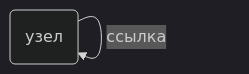
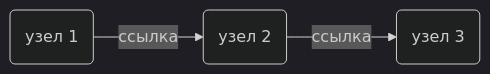
Before and after one commit to hamster-i/list: the diagram in README.md, drawn with Mermaid (dark theme).

````diff
--- a/README.md
+++ b/README.md
@@ -7,4 +7,4 @@
    ```mermaid
    graph LR;
-    В(узел)--ссылка-->В(узел)--ссылка-->В(узел);
+    A(узел 1)--ссылка-->В(узел 2)--ссылка-->C(узел 3);
    ```
````
